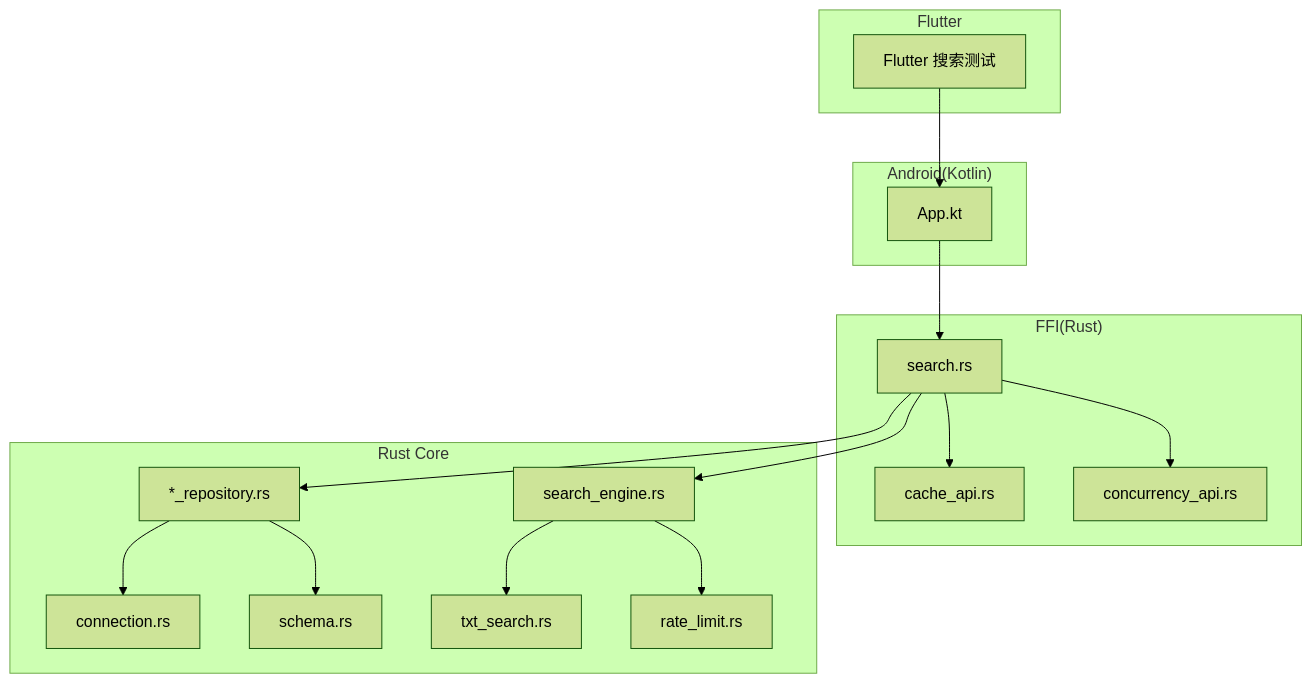
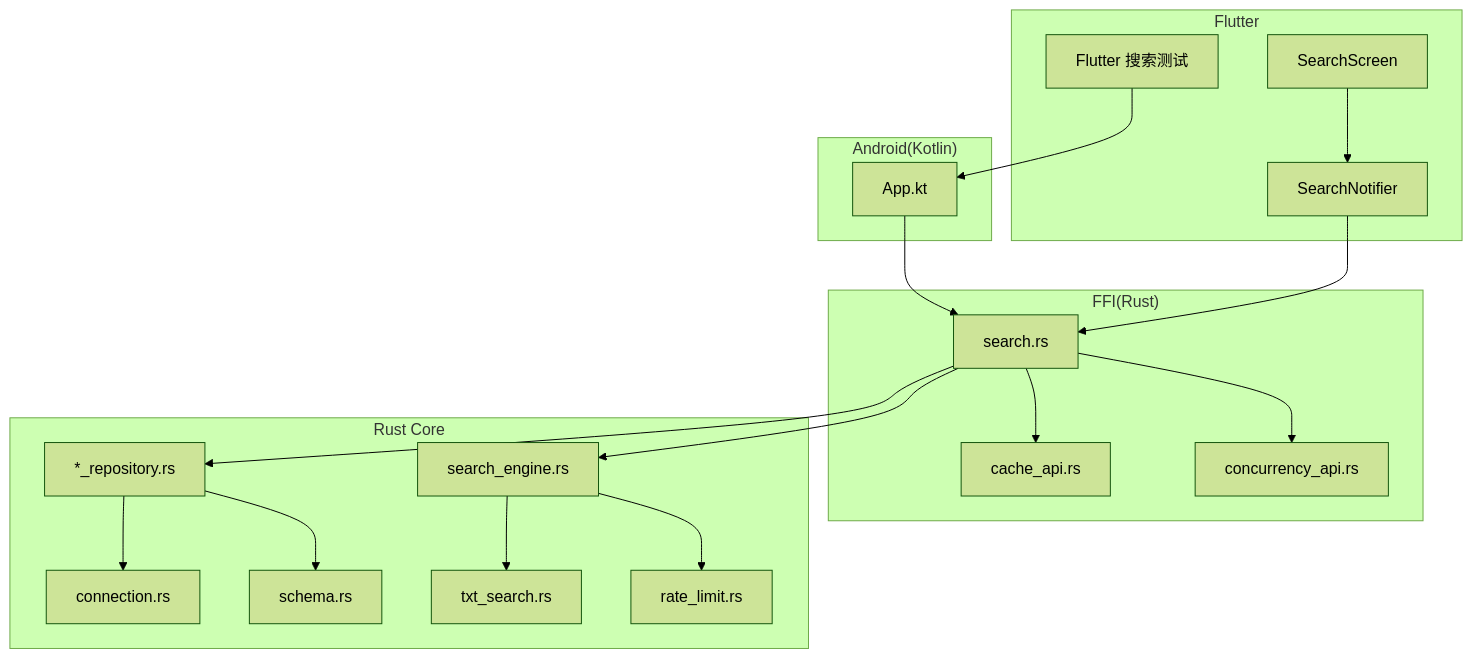
The first of 7 diagrams in .qoder/repowiki/zh/content/搜索功能/搜索性能优化.md (ZhangGHGitHub/LegadoTeamFlutter), drawn with Mermaid (forest theme) before and after one commit. The commit also changed other lines of this file and 173 other files, not shown here.

````diff
--- a/.qoder/repowiki/zh/content/搜索功能/搜索性能优化.md
+++ b/.qoder/repowiki/zh/content/搜索功能/搜索性能优化.md
@@ -43,32 +48,36 @@
 ```mermaid
 graph TB
 subgraph "Flutter"
 FP["Flutter 搜索测试"]
+SS["SearchScreen"]
+SN["SearchNotifier"]
 end
 subgraph "Android(Kotlin)"
 APP["App.kt"]
 end
 subgraph "FFI(Rust)"
 SEARCH_API["search.rs"]
 CACHE_API["cache_api.rs"]
 CONCURRENCY_API["concurrency_api.rs"]
 end
 subgraph "Rust Core"
 SE["search_engine.rs"]
 DB_REPO["*_repository.rs"]
 CONN["connection.rs"]
 SCHEMA["schema.rs"]
 TXT_SEARCH["txt_search.rs"]
 NET_RATE["rate_limit.rs"]
 end
 FP --> APP
 APP --> SEARCH_API
 SEARCH_API --> SE
 SEARCH_API --> DB_REPO
 SEARCH_API --> CACHE_API
 SEARCH_API --> CONCURRENCY_API
 DB_REPO --> CONN
 DB_REPO --> SCHEMA
 SE --> TXT_SEARCH
 SE --> NET_RATE
+SS --> SN
+SN --> SEARCH_API
 ```
````
